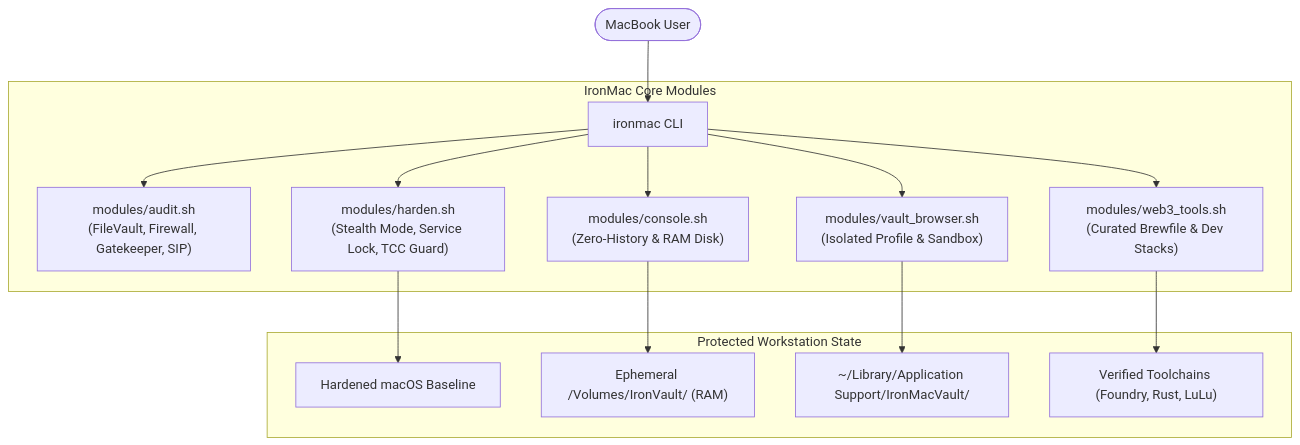
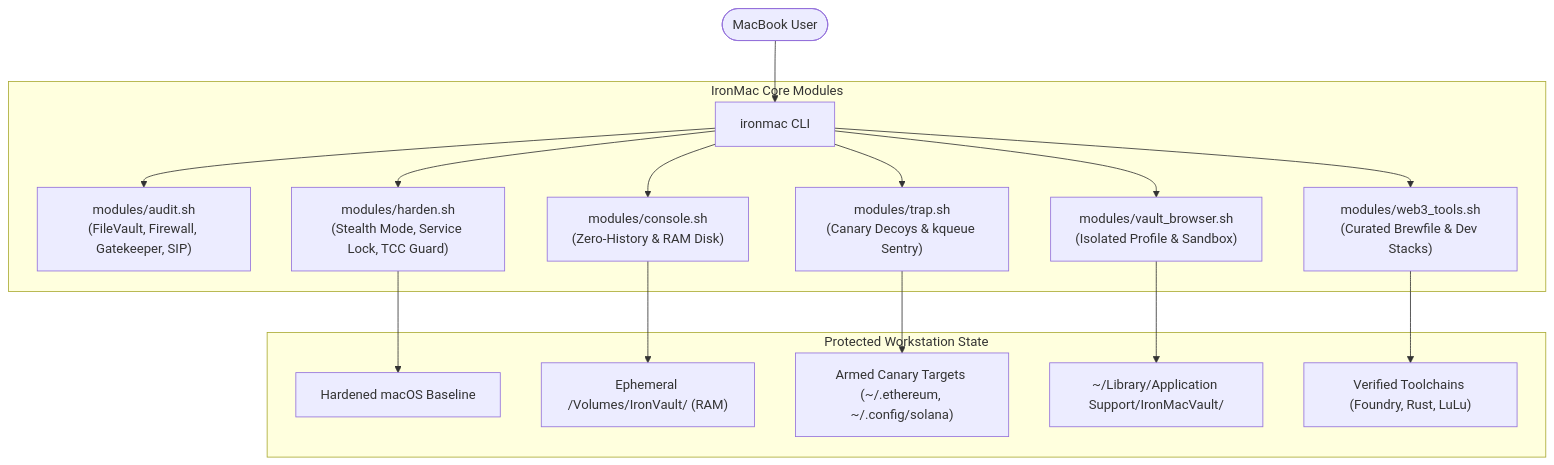
The diagram in README.md (0xaicrypto/ironmac), drawn with Mermaid before and after one commit. The commit also changed other lines of this file and 3 other files, not shown here.

Commit message:
feat: implement active Anti-AMOS honeypot trap with canary keystores and kqueue sentry

````diff
--- a/README.md
+++ b/README.md
@@ -165,19 +185,21 @@
 ```mermaid
 flowchart TD
     User([MacBook User]) --> CLI["ironmac CLI"]
     
     subgraph "IronMac Core Modules"
         CLI --> Audit["modules/audit.sh<br/>(FileVault, Firewall, Gatekeeper, SIP)"]
         CLI --> Harden["modules/harden.sh<br/>(Stealth Mode, Service Lock, TCC Guard)"]
         CLI --> Console["modules/console.sh<br/>(Zero-History & RAM Disk)"]
+        CLI --> Trap["modules/trap.sh<br/>(Canary Decoys & kqueue Sentry)"]
         CLI --> VaultBrowser["modules/vault_browser.sh<br/>(Isolated Profile & Sandbox)"]
         CLI --> Web3Tools["modules/web3_tools.sh<br/>(Curated Brewfile & Dev Stacks)"]
     end
     
     subgraph "Protected Workstation State"
         Harden --> SecOS["Hardened macOS Baseline"]
         Console --> RAMSpace["Ephemeral /Volumes/IronVault/ (RAM)"]
+        Trap --> Tripwire["Armed Canary Targets (~/.ethereum, ~/.config/solana)"]
         VaultBrowser --> IsolatedData["~/Library/Application Support/IronMacVault/"]
         Web3Tools --> DevEnv["Verified Toolchains (Foundry, Rust, LuLu)"]
     end
 ```
````
